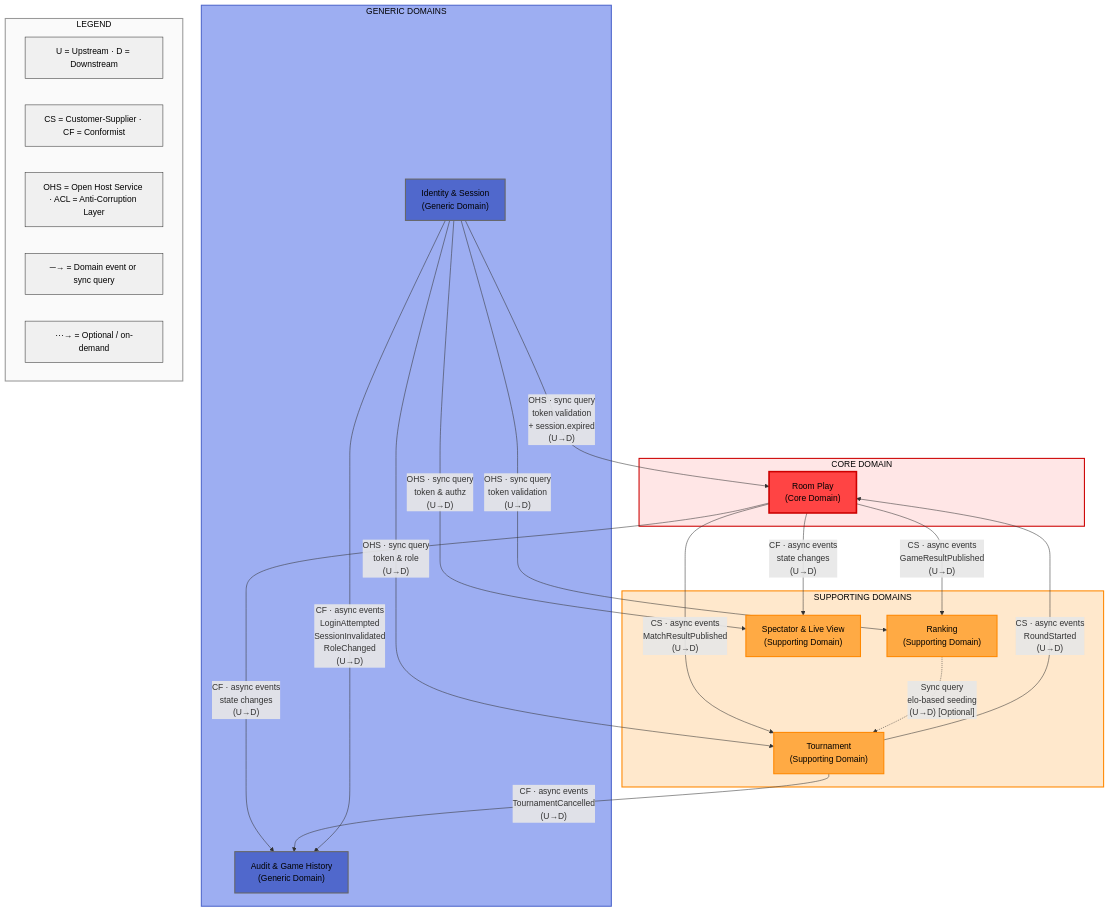
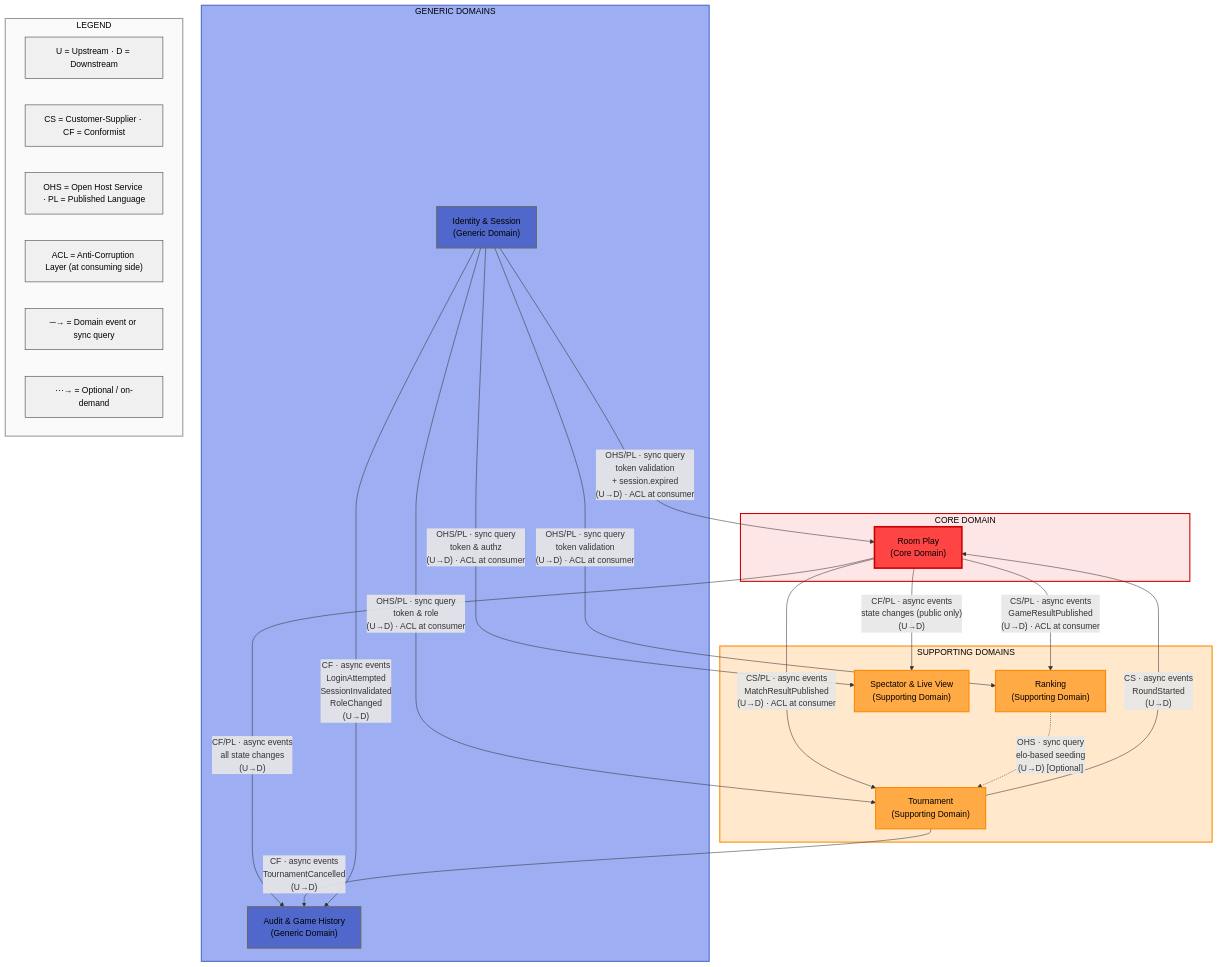
One commit to julietaTechenski/TP-microservicios changed the diagram in DESIGN.md. Above: the diagram before and after it, drawn with Mermaid. The commit also changed other lines of this file, not shown here.

````diff
--- a/DESIGN.md
+++ b/DESIGN.md
@@ -218,65 +242,67 @@
 ```mermaid
 flowchart TB
     subgraph Core["CORE DOMAIN"]
         RoomPlay["Room Play<br/>(Core Domain)"]
         style RoomPlay fill:#ff4444,stroke:#cc0000,color:#000,stroke-width:3px
     end
 
     subgraph Supporting["SUPPORTING DOMAINS"]
         Tournament["Tournament<br/>(Supporting Domain)"]
         Ranking["Ranking<br/>(Supporting Domain)"]
         Spectator["Spectator & Live View<br/>(Supporting Domain)"]
         style Tournament fill:#ffaa44,stroke:#ff8800,color:#000,stroke-width:2px
         style Ranking fill:#ffaa44,stroke:#ff8800,color:#000,stroke-width:2px
         style Spectator fill:#ffaa44,stroke:#ff8800,color:#000,stroke-width:2px
     end
 
     subgraph Generic["GENERIC DOMAINS"]
         Audit["Audit & Game History<br/>(Generic Domain)"]
         Identity["Identity & Session<br/>(Generic Domain)"]
         style Audit fill:#5068cc,stroke:#666666,color:#000,stroke-width:2px
         style Identity fill:#5068cc,stroke:#666666,color:#000,stroke-width:2px
     end
 
 %% Room Play → downstream (async domain events)
-    RoomPlay -->|"CS · async events<br/>MatchResultPublished<br/>(U→D)"| Tournament
-    RoomPlay -->|"CS · async events<br/>GameResultPublished<br/>(U→D)"| Ranking
-    RoomPlay -->|"CF · async events<br/>state changes<br/>(U→D)"| Spectator
-    RoomPlay -->|"CF · async events<br/>state changes<br/>(U→D)"| Audit
+    RoomPlay -->|"CS/PL · async events<br/>MatchResultPublished<br/>(U→D) · ACL at consumer"| Tournament
+    RoomPlay -->|"CS/PL · async events<br/>GameResultPublished<br/>(U→D) · ACL at consumer"| Ranking
+    RoomPlay -->|"CF/PL · async events<br/>state changes (public only)<br/>(U→D)"| Spectator
+    RoomPlay -->|"CF/PL · async events<br/>all state changes<br/>(U→D)"| Audit
 
 %% Tournament → Room Play (room creation for rounds)
     Tournament -->|"CS · async events<br/>RoundStarted<br/>(U→D)"| RoomPlay
 
 %% Tournament → Audit (operational audit)
     Tournament -->|"CF · async events<br/>TournamentCancelled<br/>(U→D)"| Audit
 
 %% Identity → consumers (auth, consulted via OHS)
-    Identity -->|"OHS · sync query<br/>token validation<br/>+ session.expired<br/>(U→D)"| RoomPlay
-    Identity -->|"OHS · sync query<br/>token & authz<br/>(U→D)"| Spectator
-    Identity -->|"OHS · sync query<br/>token & role<br/>(U→D)"| Tournament
-    Identity -->|"OHS · sync query<br/>token validation<br/>(U→D)"| Ranking
+    Identity -->|"OHS/PL · sync query<br/>token validation<br/>+ session.expired<br/>(U→D) · ACL at consumer"| RoomPlay
+    Identity -->|"OHS/PL · sync query<br/>token & authz<br/>(U→D) · ACL at consumer"| Spectator
+    Identity -->|"OHS/PL · sync query<br/>token & role<br/>(U→D) · ACL at consumer"| Tournament
+    Identity -->|"OHS/PL · sync query<br/>token validation<br/>(U→D) · ACL at consumer"| Ranking
 
 %% Identity → Audit (security audit)
     Identity -->|"CF · async events<br/>LoginAttempted<br/>SessionInvalidated<br/>RoleChanged<br/>(U→D)"| Audit
 
 %% Ranking → Tournament (optional seeding query)
-    Ranking -.->|"Sync query<br/>elo-based seeding<br/>(U→D) [Optional]"| Tournament
+    Ranking -.->|"OHS · sync query<br/>elo-based seeding<br/>(U→D) [Optional]"| Tournament
 
     subgraph Legend["LEGEND"]
         L1["U = Upstream · D = Downstream"]
         L2["CS = Customer-Supplier · CF = Conformist"]
-        L3["OHS = Open Host Service · ACL = Anti-Corruption Layer"]
-        L4["─→ = Domain event or sync query"]
-        L5["···→ = Optional / on-demand"]
+        L3["OHS = Open Host Service · PL = Published Language"]
+        L4["ACL = Anti-Corruption Layer (at consuming side)"]
+        L5["─→ = Domain event or sync query"]
+        L6["···→ = Optional / on-demand"]
         style L1 fill:#f0f0f0,stroke:#333,color:#000
         style L2 fill:#f0f0f0,stroke:#333,color:#000
         style L3 fill:#f0f0f0,stroke:#333,color:#000
         style L4 fill:#f0f0f0,stroke:#333,color:#000
         style L5 fill:#f0f0f0,stroke:#333,color:#000
+        style L6 fill:#f0f0f0,stroke:#333,color:#000
     end
 
     style Core fill:#ffe6e6,stroke:#cc0000,color:#000,stroke-width:2px
     style Supporting fill:#ffe8cc,stroke:#ff8800,color:#000,stroke-width:2px
     style Generic fill:#9daef2,stroke:#5068cc,color:#000,stroke-width:2px
     style Legend fill:#fafafa,stroke:#999,color:#000,stroke-width:2px
 ```
````
